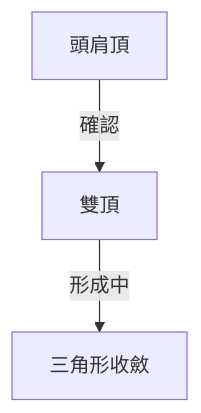
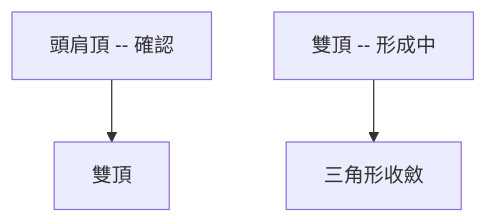
The fourth of 11 diagrams in ai_gen_report/stock/amd/technical_analysis_2026-03-31_openai.md (yennanliu/finance_data), drawn with Mermaid before and after one commit. The commit also changed other lines of this file and 2258 other files, not shown here.

First line of the commit message:
chore: backfill Mermaid syntax repair across existing reports

````diff
--- a/ai_gen_report/stock/amd/technical_analysis_2026-03-31_openai.md
+++ b/ai_gen_report/stock/amd/technical_analysis_2026-03-31_openai.md
@@ -138,5 +138,5 @@
 ```mermaid
 graph TD
-    頭肩頂 -- 確認 --> 雙頂
-    雙頂 -- 形成中 --> 三角形收斂
+    nb1["頭肩頂 -- 確認"] --> 雙頂
+    nb2["雙頂 -- 形成中"] --> 三角形收斂
 ```
````
